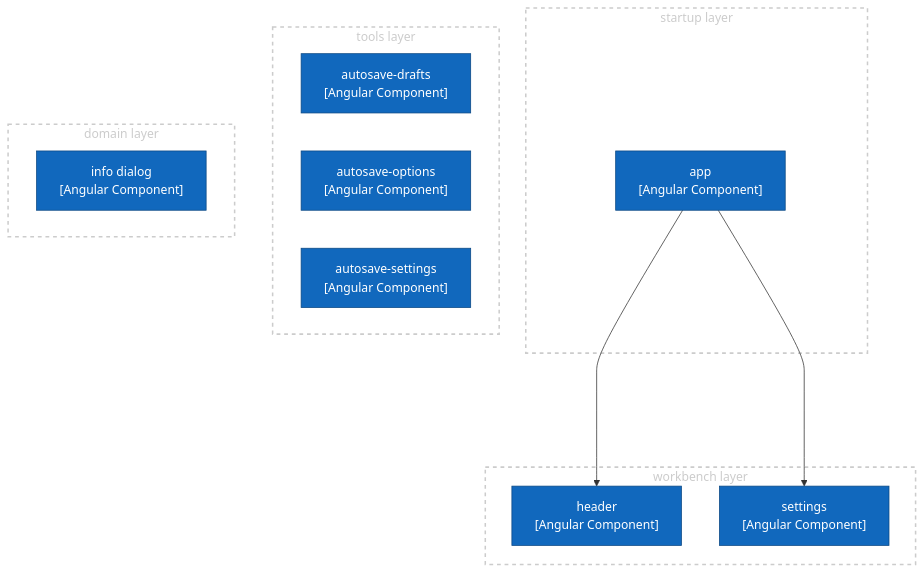
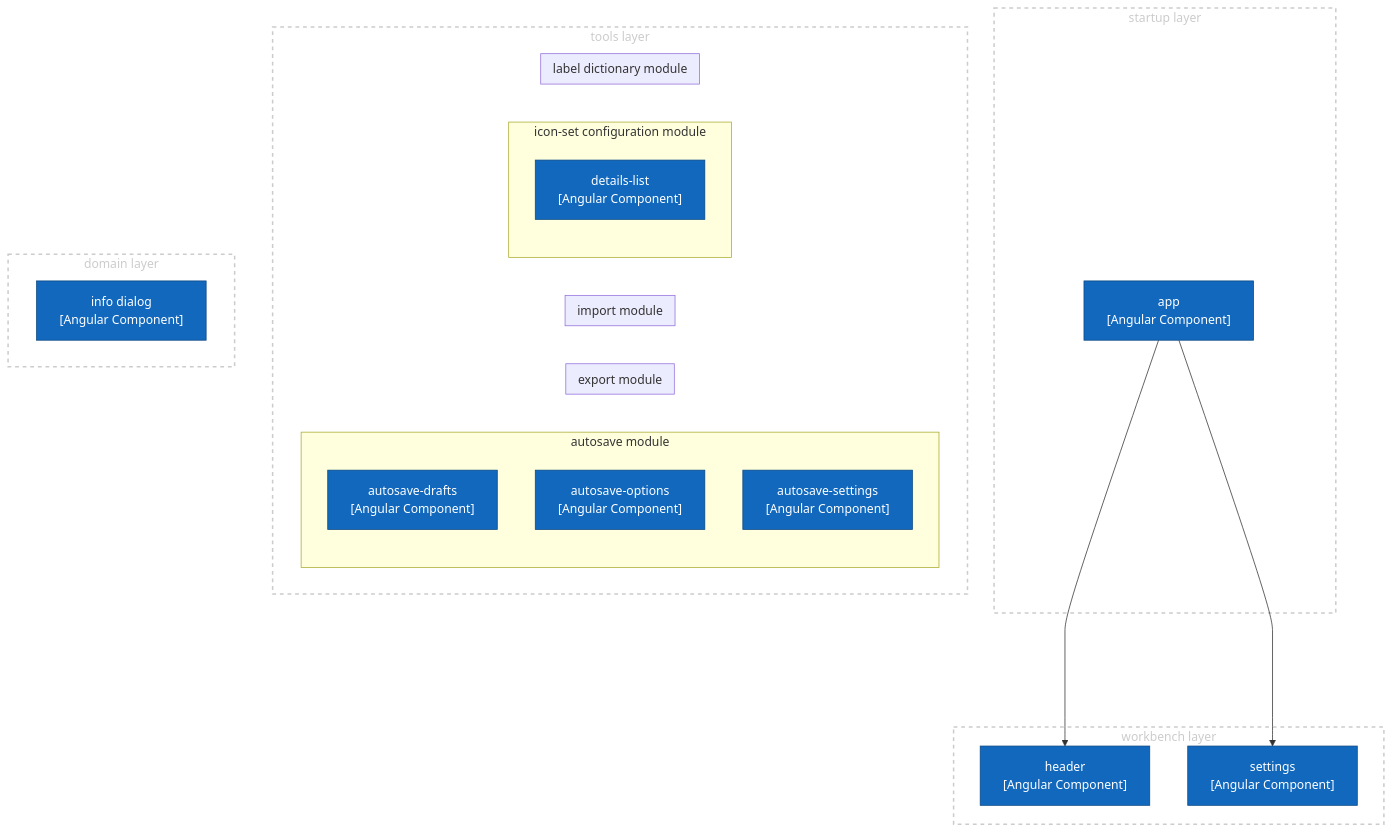
One commit to WPS/egon.io changed the fourth of 5 diagrams in architecture.md. Above: the diagram before and after it, drawn with Mermaid. The commit also changed other lines of this file, not shown here.

````diff
--- a/architecture.md
+++ b/architecture.md
@@ -213,64 +207,81 @@
 ```mermaid
 
 flowchart TD
 
 app["app
 [Angular Component]"]
 
 header["header
 [Angular Component]"]
 
 settings["settings
 [Angular Component]"]
 
 info["info dialog
 [Angular Component]"]
 
 as-drafts["autosave-drafts
 [Angular Component]"]
 
 as-options["autosave-options
 [Angular Component]"]
 
 as-settings["autosave-settings
 [Angular Component]"]
 
+details-list["details-list
+[Angular Component]"]
+
 classDef component fill:#1168bd,stroke:#0b4884,color:#ffffff
+class app,header,settings,info,as-drafts,as-options,as-settings,details-list component
 
-class app component
-class header component
-class settings component
-class info component
-class as-drafts component
-class as-options component
-class as-settings component
+app---->header & settings
 
-app---->header
-app---->settings
+subgraph as-module["autosave module"]
+ as-drafts
+ as-options
+ as-settings
+end
+
+subgraph export-module["export module"]
+end
+
+subgraph import-module["import module"]
+end
+
+subgraph is-module["icon-set configuration module"]
+  details-list
+end
+
+subgraph ld-module["label dictionary module"]
+end
+
+classDef module fill:none,stroke:#BBB stroke-width:2px,color:#BBB,stroke-dasharray: 5 5
+class as-module,export-module,is-module,import-module,ld-module module
 
 subgraph startup["startup layer"]
  app
 end
 
 subgraph workbench["workbench layer"]
  header
  settings
 end
 
 subgraph tools["tools layer"]
- as-drafts
- as-options
- as-settings
+ as-module
+ export-module
+ import-module
+ is-module
+ ld-module
 end
+
 
 subgraph domain["domain layer"]
  info
 end
 
 classDef layer fill:none,stroke:#CCC,stroke-width:2px,color:#CCC,stroke-dasharray: 5 5
-class startup layer
-class workbench layer
-class tools layer
-class domain layer
+class startup,workbench,tools,domain layer
 
 ```
````
